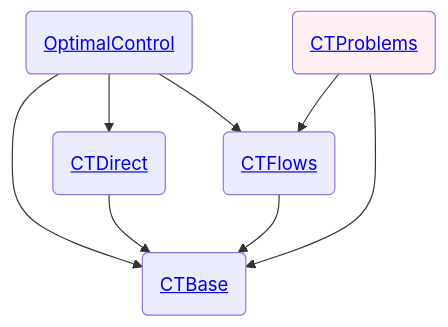
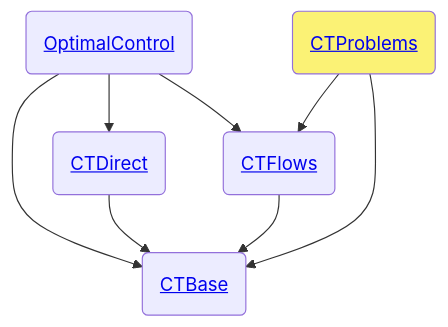
Before and after one commit to control-toolbox/CTProblems.jl: the diagram in docs/src/index.md, drawn with Mermaid.

````diff
--- a/docs/src/index.md
+++ b/docs/src/index.md
@@ -5,11 +5,11 @@
 ```mermaid
 flowchart TD
 O(<a href='https://control-toolbox.org/docs/optimalcontrol/stable/'>OptimalControl</a>) --> B(<a href='https://control-toolbox.org/docs/ctbase/stable/'>CTBase</a>)
 O --> D(<a href='https://control-toolbox.org/docs/ctdirect/stable/'>CTDirect</a>)
 O --> F(<a href='https://control-toolbox.org/docs/ctflows/stable/'>CTFlows</a>)
 P(<a href='https://control-toolbox.org/docs/ctproblems/stable/'>CTProblems</a>) --> F
 P --> B
 F --> B
 D --> B
-style P fill:#FFF0F5
+style P fill:#FBF275
 ```
````
